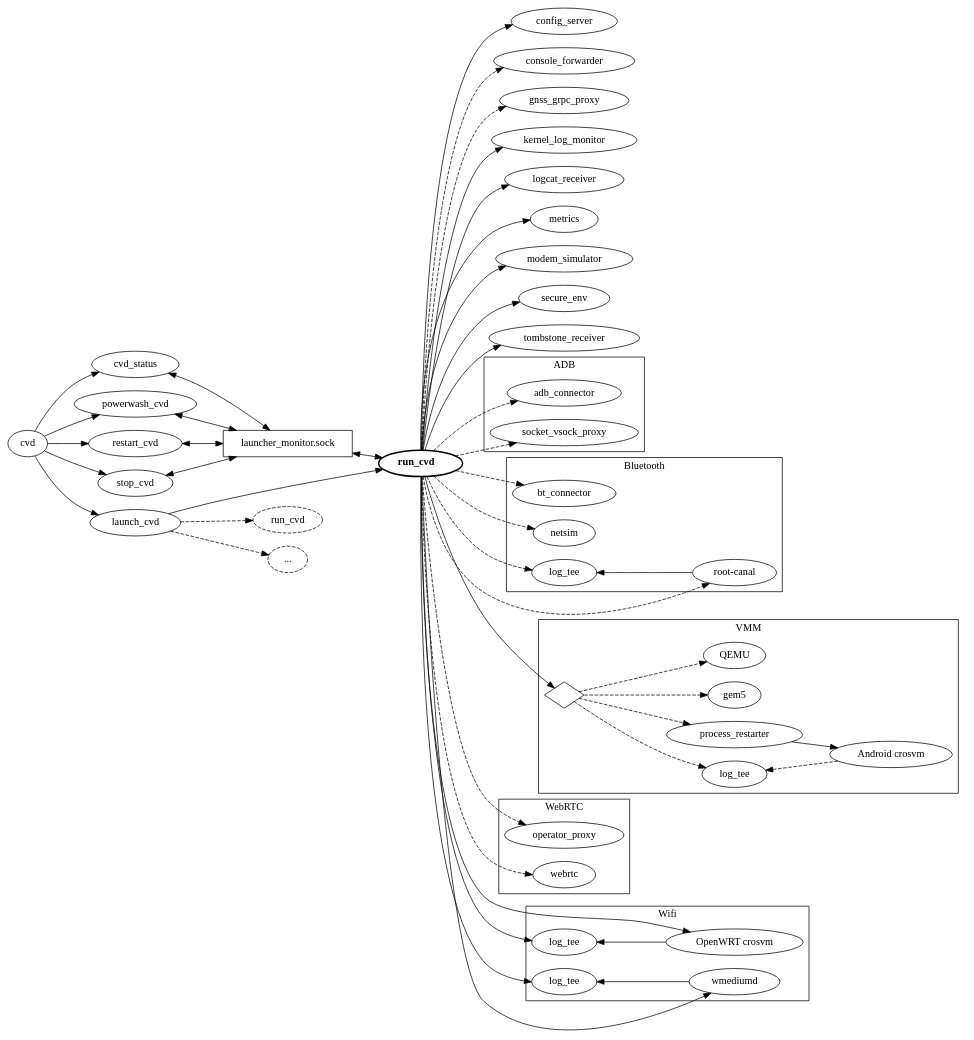
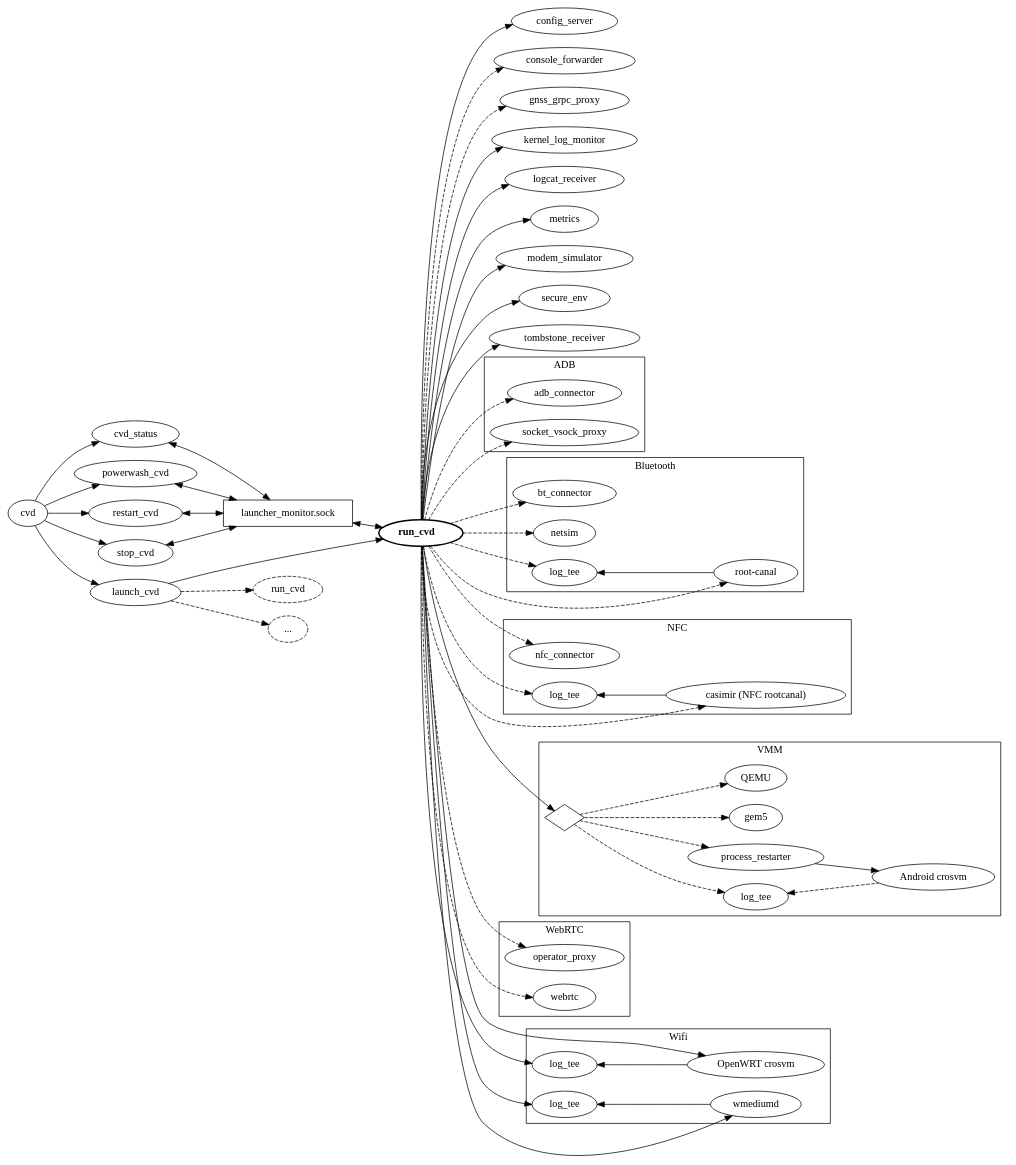
The diagram in host/commands/run_cvd/doc/linkage.dot (google/android-cuttlefish), drawn with Graphviz before and after one commit. The commit also changed 2 other files, not shown here.

Commit message:
run_cvd: doc: Add NFC
Bug: N/A
Test: Manually

```diff
--- a/host/commands/run_cvd/doc/linkage.dot
+++ b/host/commands/run_cvd/doc/linkage.dot
@@ -1,115 +1,128 @@
 digraph {
   rankdir = "LR";
 
   config_server
   console_forwarder
   cvd
   cvd_status
   gnss_grpc_proxy
   kernel_log_monitor
   launch_cvd
   launcher_monitor_socket [label = "launcher_monitor.sock", shape = "rectangle"]
   logcat_receiver
   metrics
   modem_simulator
   powerwash_cvd
   restart_cvd
   run_cvd [label = < <b>run_cvd</b> >, penwidth = "2"]
   run_cvd_2 [label = "run_cvd", style = "dashed"]
   run_cvd_etc [label = "...", style = "dashed"]
   secure_env
   stop_cvd
   tombstone_receiver
 
   subgraph cluster_adb_group {
     label = "ADB"
 
     adb_connector
     socket_vsock_proxy
   }
 
   subgraph cluster_bluetooth_group {
     label = "Bluetooth"
 
     bt_connector
     netsim
     root_canal [label = "root-canal"]
     root_canal_log_tee [label = "log_tee"]
+  }
+
+  subgraph cluster_nfc_group {
+    label = "NFC"
+
+    nfc_connector
+    casimir [label = "casimir (NFC rootcanal)"]
+    casimir_log_tee [label = "log_tee"]
   }
 
   subgraph cluster_vmm_group {
     label = "VMM"
 
     crosvm_android [label = "Android crosvm"]
     crosvm_android_log_tee [label = "log_tee"]
     crosvm_android_restarter [label = "process_restarter"]
     gem5
     qemu [label = "QEMU"]
     vmm [label = "", shape = "diamond"]
   }
 
   subgraph cluster_webrtc_group {
     label = "WebRTC"
 
     operator_proxy
     webrtc
   }
 
   subgraph cluster_wifi_group {
     label = "Wifi"
 
     crosvm_openwrt [label = "OpenWRT crosvm"]
     crosvm_openwrt_log_tee [label = "log_tee"]
     wmediumd
     wmediumd_log_tee [label = "log_tee"]
   }
 
   cvd -> cvd_status
   cvd -> launch_cvd
   cvd -> powerwash_cvd
   cvd -> restart_cvd
   cvd -> stop_cvd
 
   launch_cvd -> run_cvd
   launch_cvd -> run_cvd_2 [style = "dashed"]
   launch_cvd -> run_cvd_etc [style = "dashed"]
 
   cvd_status -> launcher_monitor_socket [dir = "both"]
   powerwash_cvd -> launcher_monitor_socket [dir = "both"]
   restart_cvd -> launcher_monitor_socket [dir = "both"]
   stop_cvd -> launcher_monitor_socket [dir = "both"]
   launcher_monitor_socket -> run_cvd [dir = "both"]
 
   run_cvd -> adb_connector [style = "dashed"]
   run_cvd -> bt_connector [style = "dashed"]
   run_cvd -> config_server
   run_cvd -> console_forwarder [style = "dashed"]
   run_cvd -> crosvm_openwrt
   run_cvd -> crosvm_openwrt_log_tee
   crosvm_openwrt_log_tee -> crosvm_openwrt [dir = "back"]
   run_cvd -> gnss_grpc_proxy [style = "dashed"]
   run_cvd -> kernel_log_monitor
   run_cvd -> logcat_receiver
   run_cvd -> metrics
   run_cvd -> modem_simulator
   run_cvd -> netsim [style = "dashed"]
   run_cvd -> operator_proxy [style = "dashed"]
   run_cvd -> root_canal [style = "dashed"]
   run_cvd -> root_canal_log_tee [style = "dashed"]
   root_canal_log_tee -> root_canal [dir = "back"]
+  run_cvd -> nfc_connector [style = "dashed"]
+  run_cvd -> casimir [style = "dashed"]
+  run_cvd -> casimir_log_tee [style = "dashed"]
+  casimir_log_tee -> casimir [dir = "back"]
   run_cvd -> secure_env
   run_cvd -> socket_vsock_proxy [style = "dashed"]
   run_cvd -> tombstone_receiver
   run_cvd -> vmm
   run_cvd -> webrtc [style = "dashed"]
   run_cvd -> wmediumd
   run_cvd -> wmediumd_log_tee
+
   wmediumd_log_tee -> wmediumd [dir = "back"]
 
   crosvm_android_log_tee -> crosvm_android [dir = "back", style = "dashed"]
   vmm -> crosvm_android_restarter [style = "dashed"]
   crosvm_android_restarter -> crosvm_android
   vmm -> crosvm_android_log_tee [style = "dashed"]
   vmm -> gem5 [style = "dashed"]
   vmm -> qemu [style = "dashed"]
 }
```
